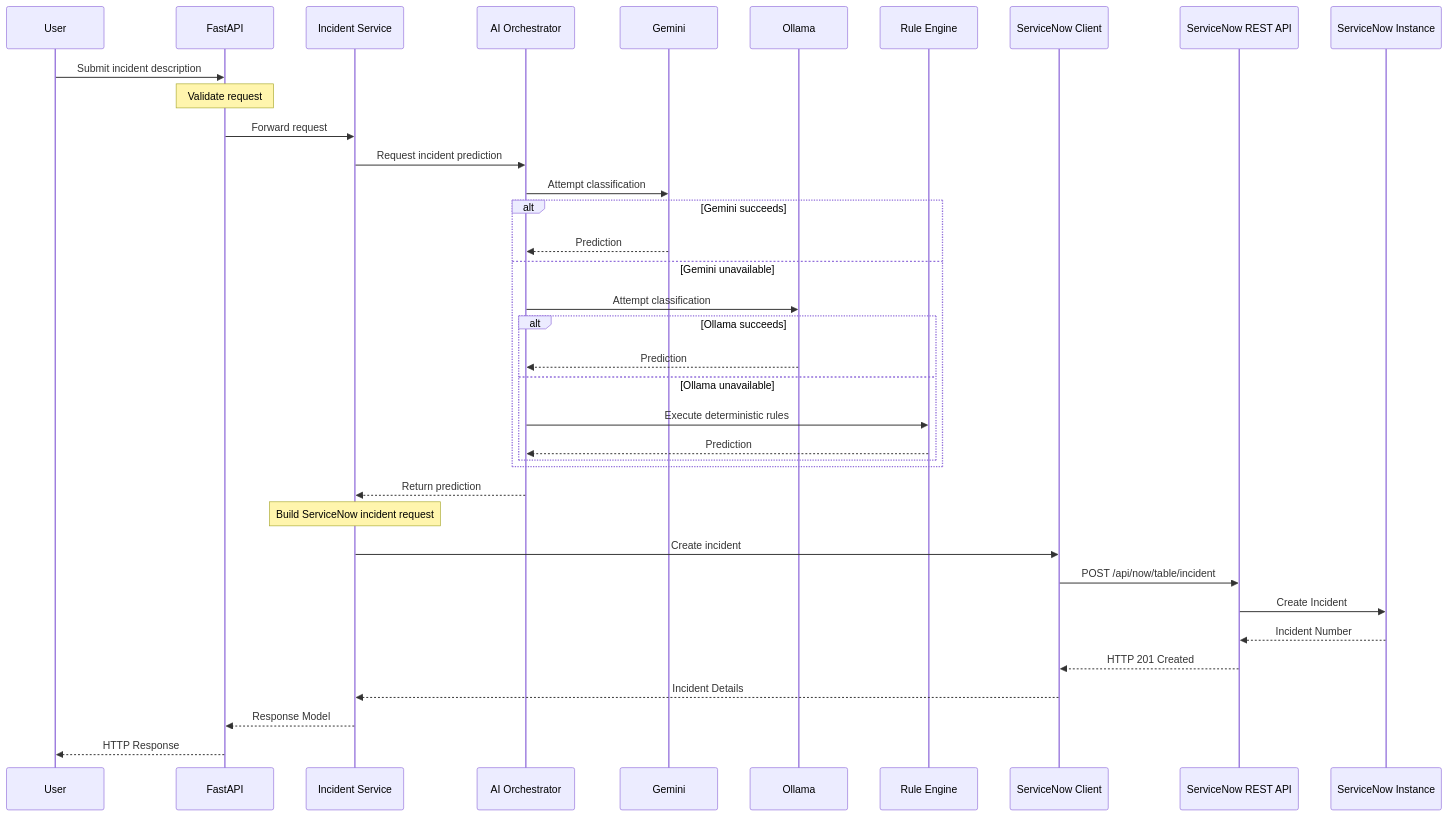
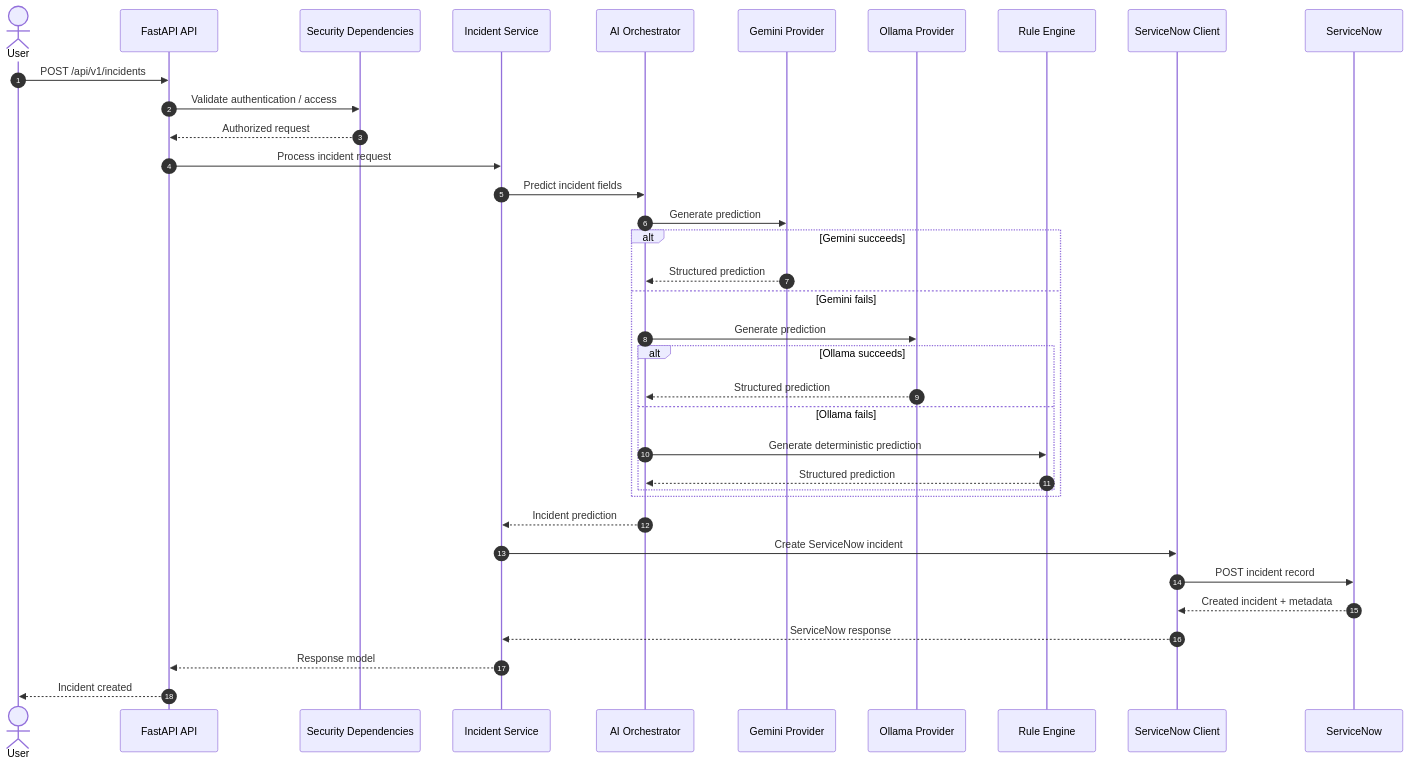
Before and after one commit to ANSH-TAANK/servicenow-ai-platform: the fourth of 11 diagrams in README.md, drawn with Mermaid. The commit also changed other lines of this file and 16 other files, not shown here.

````diff
--- a/README.md
+++ b/README.md
@@ -299,66 +459,43 @@
 ```mermaid
 sequenceDiagram
+    autonumber
 
-    participant U as User
-    participant API as FastAPI
-    participant S as Incident Service
-    participant O as AI Orchestrator
-    participant G as Gemini
-    participant L as Ollama
-    participant R as Rule Engine
-    participant C as ServiceNow Client
-    participant REST as ServiceNow REST API
-    participant SN as ServiceNow Instance
+    actor User
+    participant API as FastAPI API
+    participant Guard as Security Dependencies
+    participant Incident as Incident Service
+    participant Orchestrator as AI Orchestrator
+    participant Gemini as Gemini Provider
+    participant Ollama as Ollama Provider
+    participant Rules as Rule Engine
+    participant SNClient as ServiceNow Client
+    participant SN as ServiceNow
 
-    U->>API: Submit incident description
+    User->>API: POST /api/v1/incidents
+    API->>Guard: Validate authentication / access
+    Guard-->>API: Authorized request
+    API->>Incident: Process incident request
 
-    Note over API: Validate request
-
-    API->>S: Forward request
-
-    S->>O: Request incident prediction
-
-    O->>G: Attempt classification
+    Incident->>Orchestrator: Predict incident fields
+    Orchestrator->>Gemini: Generate prediction
 
     alt Gemini succeeds
-
-        G-->>O: Prediction
-
-    else Gemini unavailable
-
-        O->>L: Attempt classification
-
+        Gemini-->>Orchestrator: Structured prediction
+    else Gemini fails
+        Orchestrator->>Ollama: Generate prediction
         alt Ollama succeeds
-
-            L-->>O: Prediction
-
-        else Ollama unavailable
-
-            O->>R: Execute deterministic rules
-
-            R-->>O: Prediction
-
+            Ollama-->>Orchestrator: Structured prediction
+        else Ollama fails
+            Orchestrator->>Rules: Generate deterministic prediction
+            Rules-->>Orchestrator: Structured prediction
         end
-
     end
 
-    O-->>S: Return prediction
-
-    Note over S: Build ServiceNow incident request
-
-    S->>C: Create incident
-
-    C->>REST: POST /api/now/table/incident
-
-    REST->>SN: Create Incident
-
-    SN-->>REST: Incident Number
-
-    REST-->>C: HTTP 201 Created
-
-    C-->>S: Incident Details
-
-    S-->>API: Response Model
-
-    API-->>U: HTTP Response
+    Orchestrator-->>Incident: Incident prediction
+    Incident->>SNClient: Create ServiceNow incident
+    SNClient->>SN: POST incident record
+    SN-->>SNClient: Created incident + metadata
+    SNClient-->>Incident: ServiceNow response
+    Incident-->>API: Response model
+    API-->>User: Incident created
 ```
````
